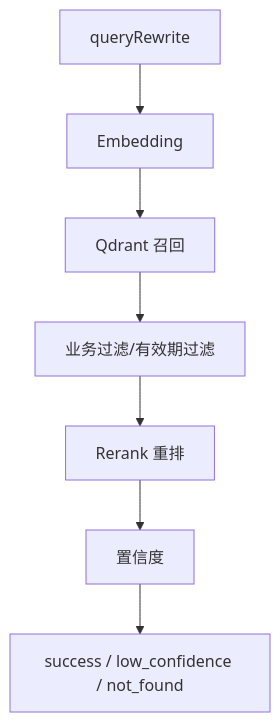
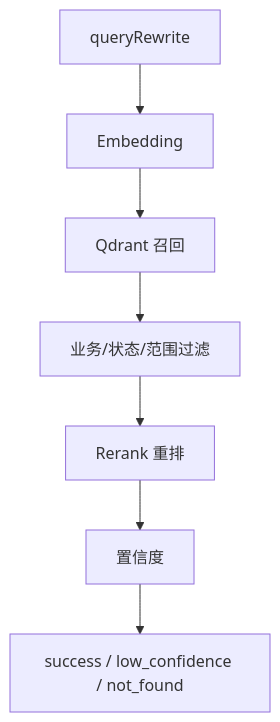
Diagram 20 of 32 in docs/rag_service_design_report_v1.0.md (YYHRICH/dalizai-knowledge-rag-service), drawn with Mermaid before and after one commit. The commit also changed other lines of this file, not shown here.

Commit message:
Expand knowledge template and Qdrant design

````diff
--- a/docs/rag_service_design_report_v1.0.md
+++ b/docs/rag_service_design_report_v1.0.md
@@ -625,9 +742,9 @@
 ```mermaid
 flowchart TB
     Rewrite[queryRewrite] --> Emb[Embedding]
     Emb --> Qdrant[Qdrant 召回]
-    Qdrant --> Filter[业务过滤/有效期过滤]
+    Qdrant --> Filter[业务/状态/范围过滤]
     Filter --> Rerank[Rerank 重排]
     Rerank --> Score[置信度]
     Score --> Status[success / low_confidence / not_found]
 ```
````
